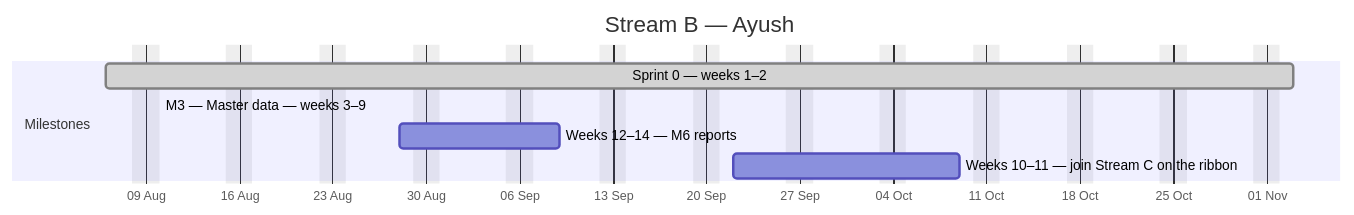
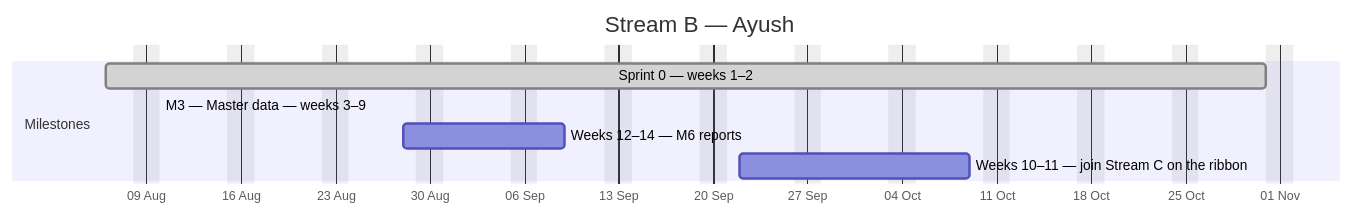
Before and after one commit to debashisedunext/EduTrack: the second of 4 diagrams in docs/plan/GANTT.md, drawn with Mermaid. The commit also changed other lines of this file and 3 other files, not shown here.

````diff
--- a/docs/plan/GANTT.md
+++ b/docs/plan/GANTT.md
@@ -127,12 +127,12 @@
 ```mermaid
 gantt
     dateFormat YYYY-MM-DD
     axisFormat %d %b
     title Stream B — Ayush
     excludes weekends
     section Milestones
-    Sprint 0 — weeks 1–2 :done, b0, 2026-08-06, 63d
-    M3 — Master data — weeks 3–9 :active, b1, 2026-08-10, -21d
+    Sprint 0 — weeks 1–2 :done, b0, 2026-08-06, 62d
+    M3 — Master data — weeks 3–9 :active, b1, 2026-08-10, -20d
     Weeks 12–14 — M6 reports :b2, 2026-08-28, 8d
     Weeks 10–11 — join Stream C on the ribbon :b3, 2026-09-22, 13d
 ```
````
